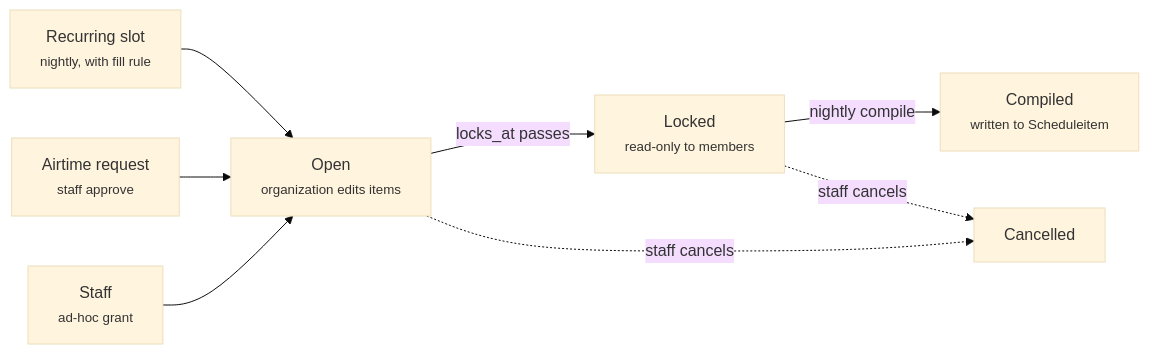
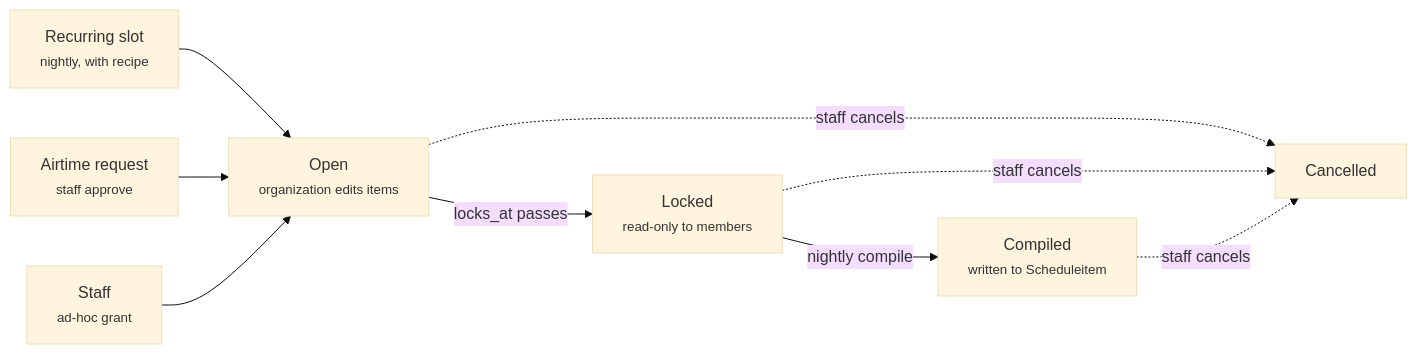
One commit to Frikanalen/django-api changed the diagram in docs/adr/0001-airtime-grants.md. Above: the diagram before and after it, drawn with Mermaid (base theme). The commit also changed other lines of this file, not shown here.

````diff
--- a/docs/adr/0001-airtime-grants.md
+++ b/docs/adr/0001-airtime-grants.md
@@ -78,10 +93,11 @@
 ```mermaid
 flowchart LR
-    slot["Recurring slot<br/><small>nightly, with fill rule</small>"] --> open
+    slot["Recurring slot<br/><small>nightly, with recipe</small>"] --> open
     request["Airtime request<br/><small>staff approve</small>"] --> open
     staff["Staff<br/><small>ad-hoc grant</small>"] --> open
     open["Open<br/><small>organization edits items</small>"] -- "locks_at passes" --> locked["Locked<br/><small>read-only to members</small>"]
     locked -- "nightly compile" --> compiled["Compiled<br/><small>written to Scheduleitem</small>"]
     open -. "staff cancels" .-> cancelled["Cancelled"]
     locked -. "staff cancels" .-> cancelled
+    compiled -. "staff cancels" .-> cancelled
 ```
````
